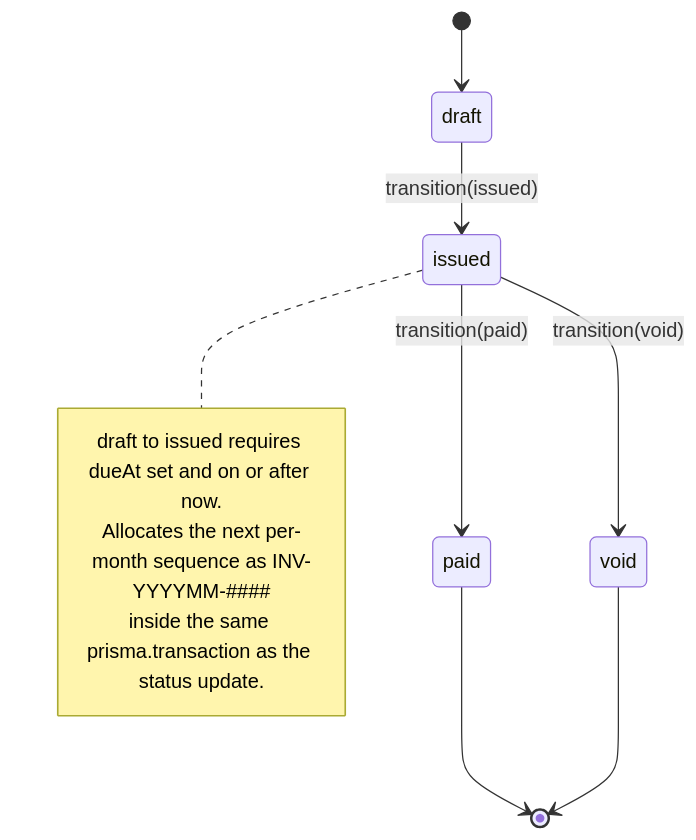
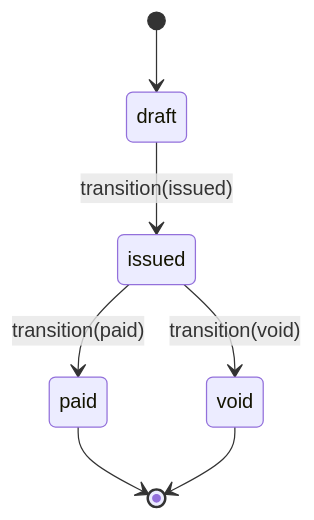
One commit to sonushahuji4/oMazons-Invoice-Service changed diagram 11 of 11 in README.md. Above: the diagram before and after it, drawn with Mermaid. The commit also changed other lines of this file, not shown here.

Commit message:
docs(readme): fix mermaid diagram parse errors for GitHub renderer
GitHub's mermaid parser rejected unquoted parentheses/braces in flowchart
node labels (2.5.2 transition, 2.5.3 PDF, 2.5.4 money rounding,
2.5.5 numbering) and a stateDiagram note containing `####` (13.3 FSM).
Quote bracket labels, drop the FSM note in favor of plain markdown below
the diagram, and reshape problematic message text.

````diff
--- a/README.md
+++ b/README.md
@@ -895,14 +895,9 @@
 ```mermaid
 stateDiagram-v2
     [*] --> draft
     draft  --> issued : transition(issued)
     issued --> paid   : transition(paid)
     issued --> void   : transition(void)
     paid   --> [*]
     void   --> [*]
-    note right of issued
-      draft to issued requires dueAt set and on or after now.
-      Allocates the next per-month sequence as INV-YYYYMM-####
-      inside the same prisma.transaction as the status update.
-    end note
 ```
````
